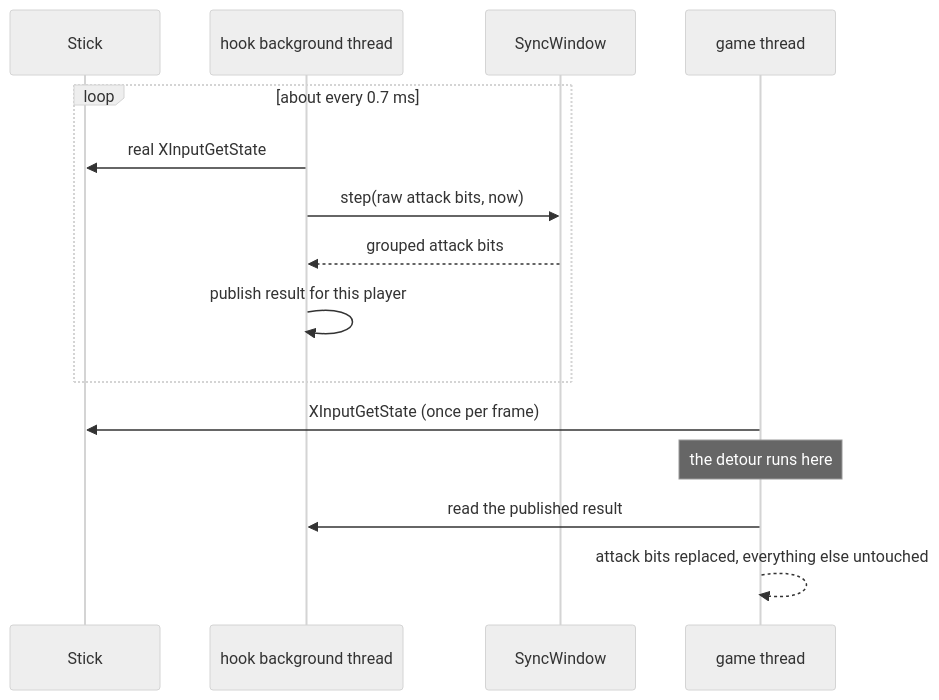
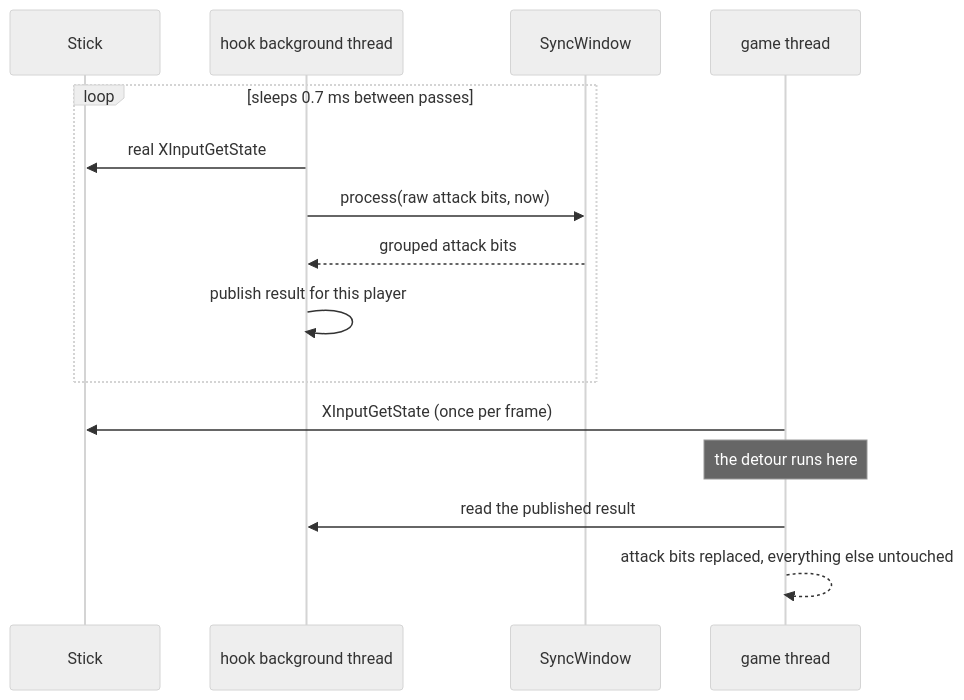
The second of 2 diagrams in docs/FLOORPLAN.md (t3chnicallyinclined/nobd-desktop), drawn with Mermaid (neutral theme) before and after one commit. The commit also changed other lines of this file, not shown here.

````diff
--- a/docs/FLOORPLAN.md
+++ b/docs/FLOORPLAN.md
@@ -97,18 +98,18 @@
 ```mermaid
 sequenceDiagram
   participant Stick
   participant BG as hook background thread
   participant Win as SyncWindow
   participant Game as game thread
 
-  loop about every 0.7 ms
+  loop sleeps 0.7 ms between passes
     BG->>Stick: real XInputGetState
-    BG->>Win: step(raw attack bits, now)
+    BG->>Win: process(raw attack bits, now)
     Win-->>BG: grouped attack bits
     BG->>BG: publish result for this player
   end
   Game->>Stick: XInputGetState (once per frame)
   Note over Game: the detour runs here
   Game->>BG: read the published result
   Game-->>Game: attack bits replaced, everything else untouched
 ```
````
